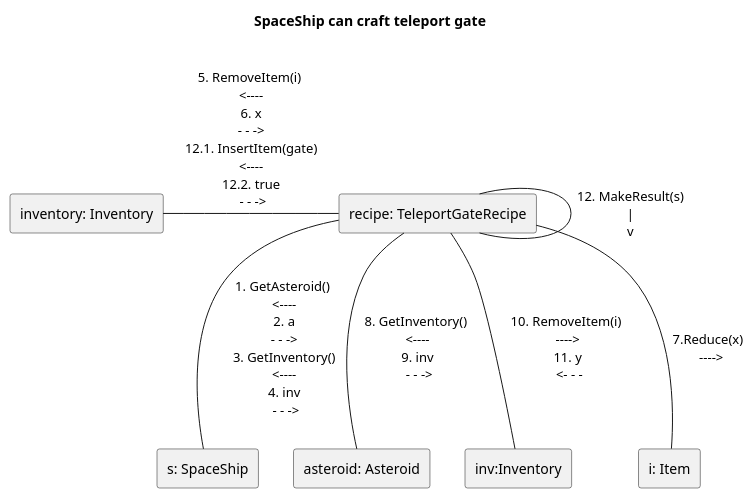
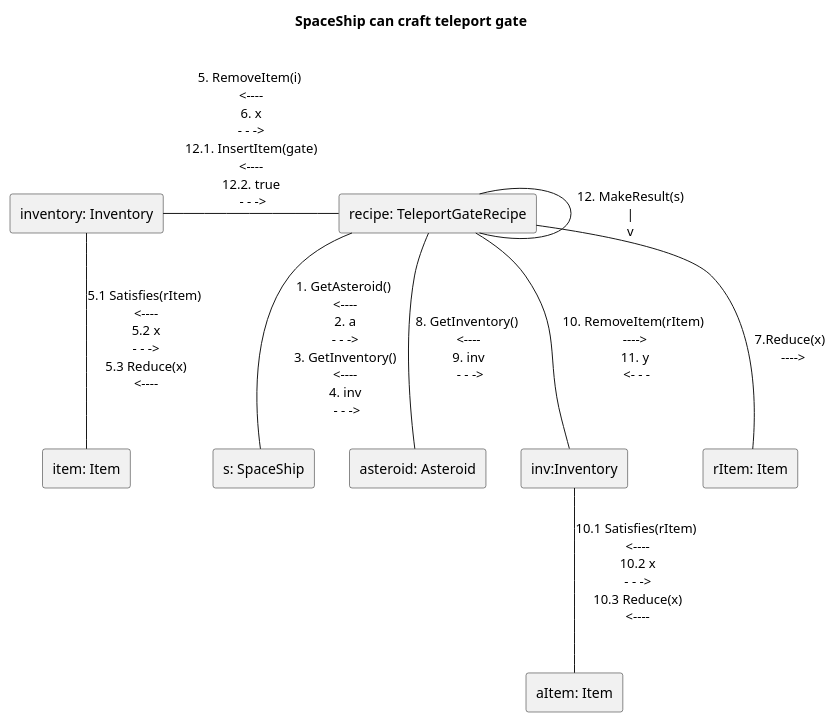
Before and after one commit to viseguard-studios/Documentation: the diagram in docs/Skeleton/diagrams/Craft_teleport_gate/comm/3.Craft_gate.puml, drawn with PlantUML. The commit also changed 5 other files, not shown here.

Commit message:
craft uml update

```diff
--- a/docs/Skeleton/diagrams/Craft_teleport_gate/comm/3.Craft_gate.puml
+++ b/docs/Skeleton/diagrams/Craft_teleport_gate/comm/3.Craft_gate.puml
@@ -1,28 +1,36 @@
 @startuml
 rectangle "recipe: TeleportGateRecipe" as recipe 
 rectangle "s: SpaceShip" as s 
 rectangle "inventory: Inventory" as inventory 
 rectangle "asteroid: Asteroid" as asteroid
 rectangle "inv:Inventory" as inv 
-rectangle "i: Item" as i
+rectangle "rItem: Item" as rItem
+rectangle "item: Item" as item
+rectangle "aItem: Item" as aItem
+
 
 title SpaceShip can craft teleport gate \n 
 
 recipe -- s: 1. GetAsteroid() \n <---- \n 2. a \n - - -> \n 3. GetInventory() \n <---- \n 4. inv \n - - -> 
 
 
 recipe -left- inventory: 5. RemoveItem(i) \n <---- \n 6. x \n - - -> \n 12.1. InsertItem(gate) \n <---- \n 12.2. true \n - - -> 
 
-recipe -- i: 7.Reduce(x) \n ---->
+inventory -- item: 5.1 Satisfies(rItem) \n <---- \n 5.2 x \n - - -> \n 5.3 Reduce(x) \n <---- \n 
+
+recipe -- rItem: 7.Reduce(x) \n ---->
 
 recipe -- asteroid: 8. GetInventory() \n <---- \n 9. inv \n - - -> 
 
-recipe -- inv: 10. RemoveItem(i) \n ----> \n 11. y \n <- - - 
+recipe -- inv: 10. RemoveItem(rItem) \n ----> \n 11. y \n <- - - 
+
+inv -- aItem: 10.1 Satisfies(rItem) \n <---- \n 10.2 x \n - - -> \n 10.3 Reduce(x) \n <---- \n 
+
 
 recipe -down- recipe: 12. MakeResult(s)\n | \nv
 
 
 
 
 
 @enduml
```
